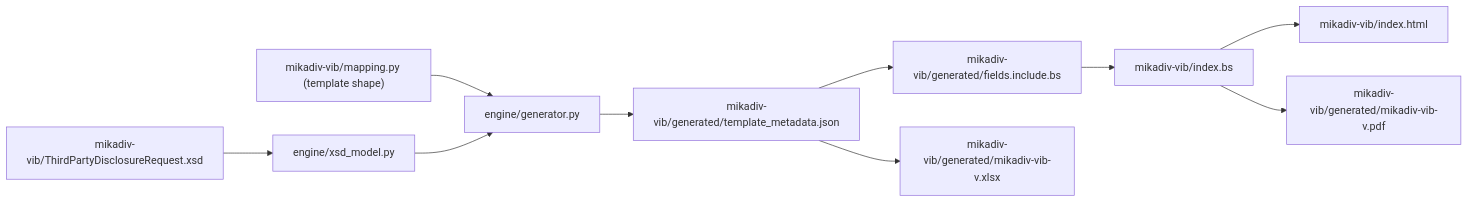
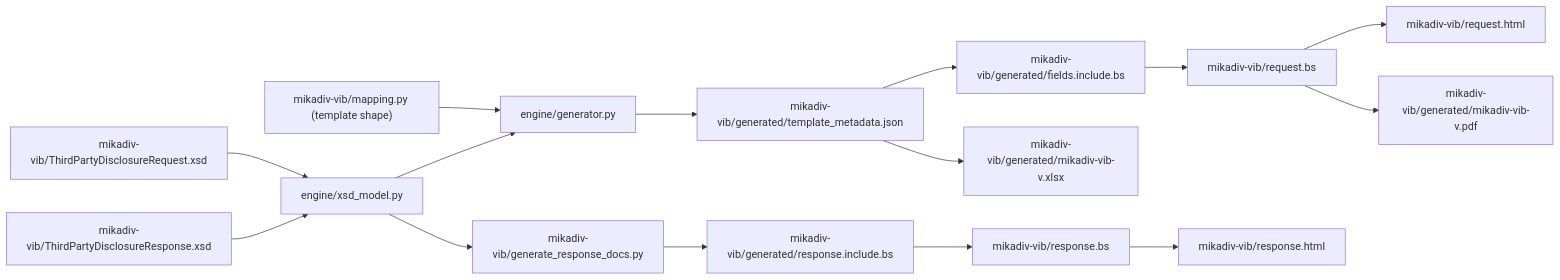
The diagram in README.md (OpenFASTER-Standard/spec), drawn with Mermaid before and after one commit. The commit also changed other lines of this file, not shown here.

Commit message:
docs: update README for the mikadiv-vib Request/Response split

````diff
--- a/README.md
+++ b/README.md
@@ -67,12 +72,17 @@
 ```mermaid
 flowchart LR
   xsd["mikadiv-vib/ThirdPartyDisclosureRequest.xsd"] --> model["engine/xsd_model.py"]
   map["mikadiv-vib/mapping.py (template shape)"] --> gen["engine/generator.py"]
   model --> gen
   gen --> meta["mikadiv-vib/generated/template_metadata.json"]
   meta --> incl["mikadiv-vib/generated/fields.include.bs"]
-  incl --> bs["mikadiv-vib/index.bs"]
-  bs --> html["mikadiv-vib/index.html"]
+  incl --> bs["mikadiv-vib/request.bs"]
+  bs --> html["mikadiv-vib/request.html"]
   bs --> pdf["mikadiv-vib/generated/mikadiv-vib-v<version>.pdf"]
   meta --> xlsx["mikadiv-vib/generated/mikadiv-vib-v<version>.xlsx"]
+  rxsd["mikadiv-vib/ThirdPartyDisclosureResponse.xsd"] --> model
+  model --> rgen["mikadiv-vib/generate_response_docs.py"]
+  rgen --> rincl["mikadiv-vib/generated/response.include.bs"]
+  rincl --> rbs["mikadiv-vib/response.bs"]
+  rbs --> rhtml["mikadiv-vib/response.html"]
 ```
````
